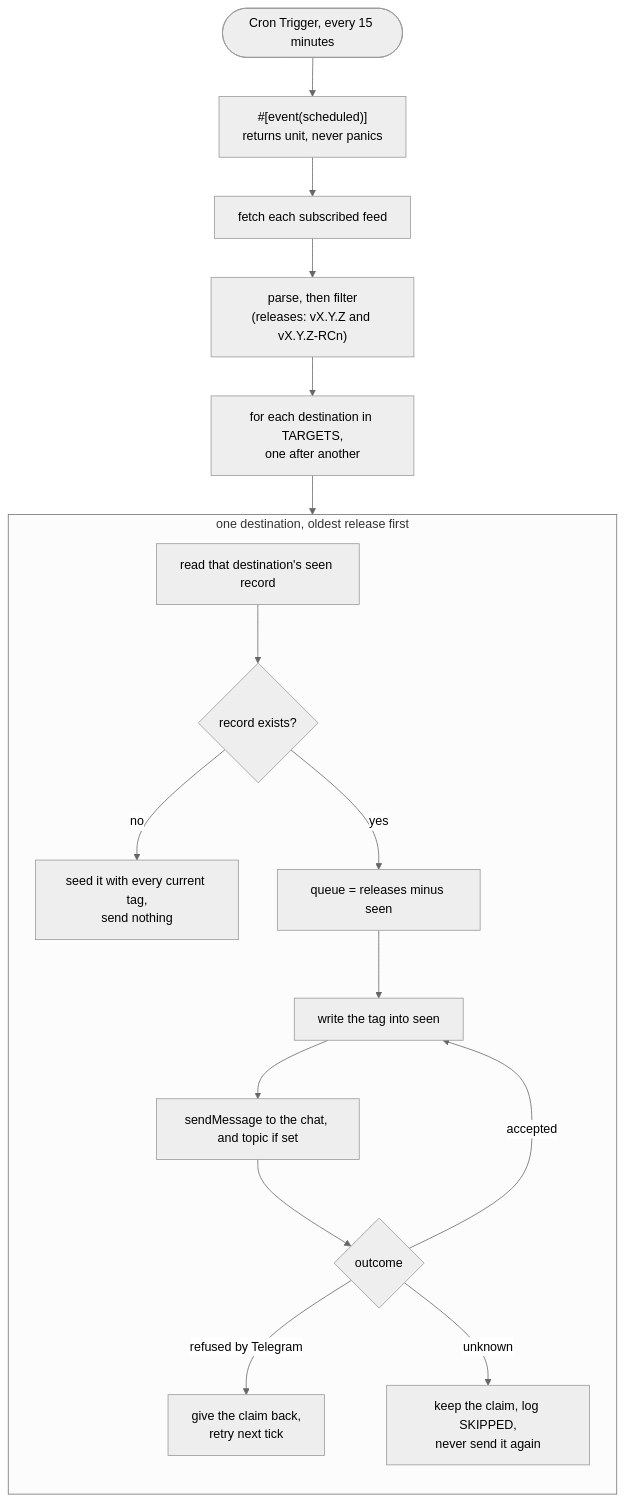
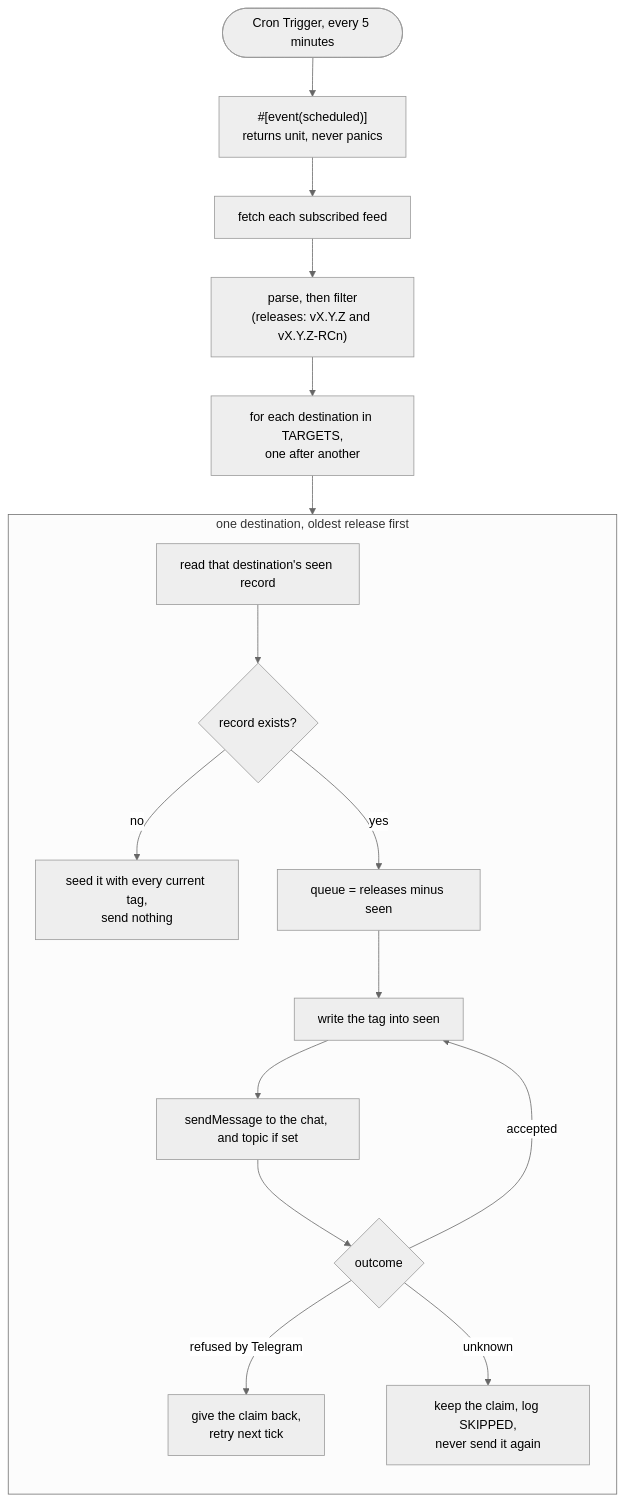
The diagram in BLUEPRINT.md (CommanderTvis/kotlin-releases-bot), drawn with Mermaid (neutral theme) before and after one commit. The commit also changed other lines of this file and 4 other files, not shown here.

First line of the commit message:
Poll every 5 minutes, and bound the waiting a tick may do

````diff
--- a/BLUEPRINT.md
+++ b/BLUEPRINT.md
@@ -85,21 +85,21 @@
 ```mermaid
 flowchart TD
-    cron([Cron Trigger, every 15 minutes]) --> tick["#[event(scheduled)]<br/>returns unit, never panics"]
+    cron([Cron Trigger, every 5 minutes]) --> tick["#[event(scheduled)]<br/>returns unit, never panics"]
     tick --> feed["fetch each subscribed feed"]
     feed --> parse["parse, then filter<br/>(releases: vX.Y.Z and vX.Y.Z-RCn)"]
     parse --> loop["for each destination in TARGETS,<br/>one after another"]
     loop --> read
 
     subgraph dest ["one destination, oldest release first"]
         direction TB
         read["read that destination's seen record"] --> exists{"record exists?"}
         exists -- no --> seed["seed it with every current tag,<br/>send nothing"]
         exists -- yes --> queue["queue = releases minus seen"]
         queue --> claim["write the tag into seen"]
         claim --> send["sendMessage to the chat, and topic if set"]
         send --> outcome{"outcome"}
         outcome -- accepted --> claim
         outcome -- "refused by Telegram" --> undo["give the claim back,<br/>retry next tick"]
         outcome -- unknown --> skip["keep the claim, log SKIPPED,<br/>never send it again"]
     end
 ```
````
